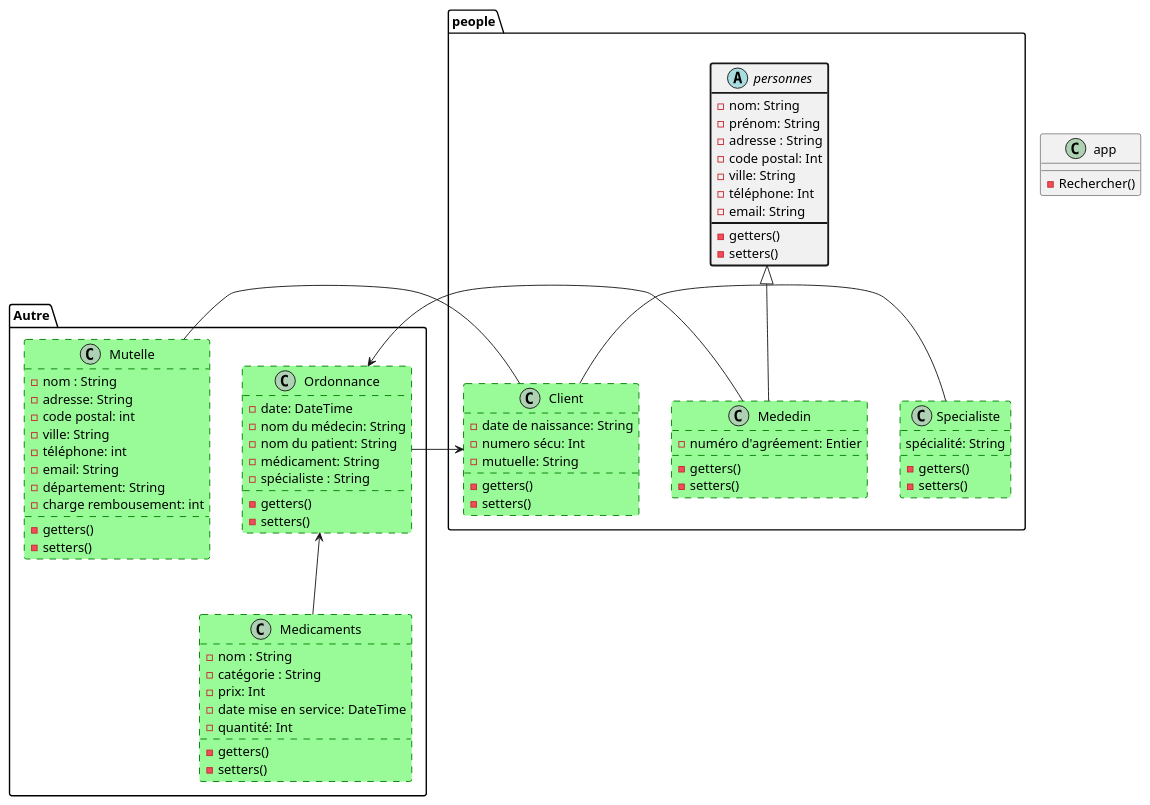
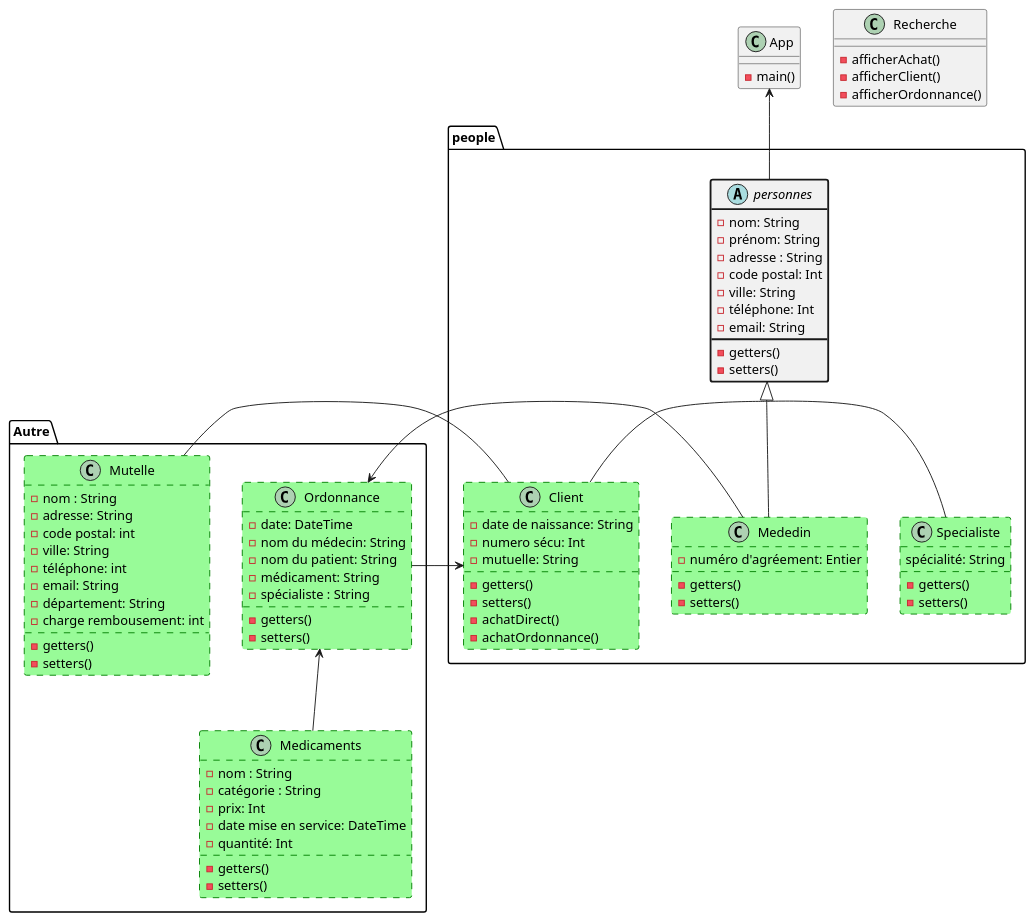
The diagram in src/ClassMetier.puml (WilliamG57/Ecf-Pharmacie), drawn with PlantUML before and after one commit. The commit also changed 11 other files, not shown here.

```diff
--- a/src/ClassMetier.puml
+++ b/src/ClassMetier.puml
@@ -1,84 +1,91 @@
 @startuml
 'https://plantuml.com/class-diagram
 
 skinparam groupInheritance 2
 
-class app {
--Rechercher()
-
+class App {
+-main()
+}
+class Recherche {
+-afficherAchat()
+-afficherClient()
+-afficherOrdonnance()
 }
 package people <<folder>> {
 abstract class personnes #line.bold{
 -nom: String
 -prénom: String
 -adresse : String
 -code postal: Int
 -ville: String
 -téléphone: Int
 -email: String
 -getters()
 -setters()
 }
 class Mededin #palegreen ##[dashed]green{
 -numéro d'agréement: Entier
 -getters()
 -setters()
 }
 class Client #palegreen ##[dashed]green{
 -date de naissance: String
 -numero sécu: Int
 -mutuelle: String
 -getters()
 -setters()
+-achatDirect()
+-achatOrdonnance()
 }
 class Specialiste #palegreen ##[dashed]green {
 spécialité: String
 -getters()
 -setters()
 }
 }
 personnes <|-- Client
 personnes <|-- Mededin
 personnes <|-- Specialiste
+App <-- personnes
 
 package Autre <<folder>> {
 class Ordonnance #palegreen ##[dashed]green{
 -date: DateTime
 -nom du médecin: String
 -nom du patient: String
 -médicament: String
 -spécialiste : String
 -getters()
 -setters()
 }
 
 class Medicaments #palegreen ##[dashed]green{
 -nom : String
 -catégorie : String
 -prix: Int
 -date mise en service: DateTime
 -quantité: Int
 -getters()
 -setters()
 }
 
 class Mutelle #palegreen ##[dashed]green {
 -nom : String
 -adresse: String
 -code postal: int
 -ville: String
 -téléphone: int
 -email: String
 -département: String
 -charge rembousement: int
 -getters()
 -setters()
 }
 
 Ordonnance <-- Medicaments
 Mededin -->Ordonnance
 Ordonnance -> Client
 Mutelle - Client
 }
 
 @enduml
```
